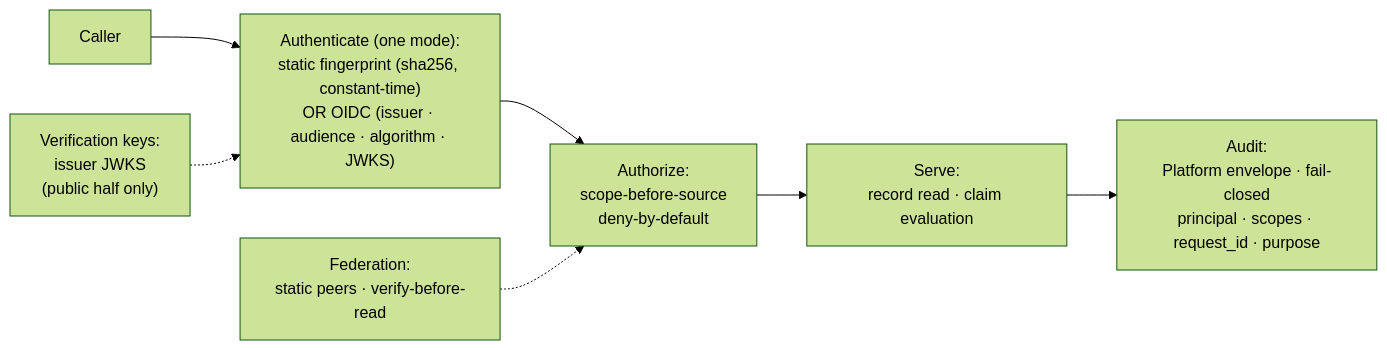
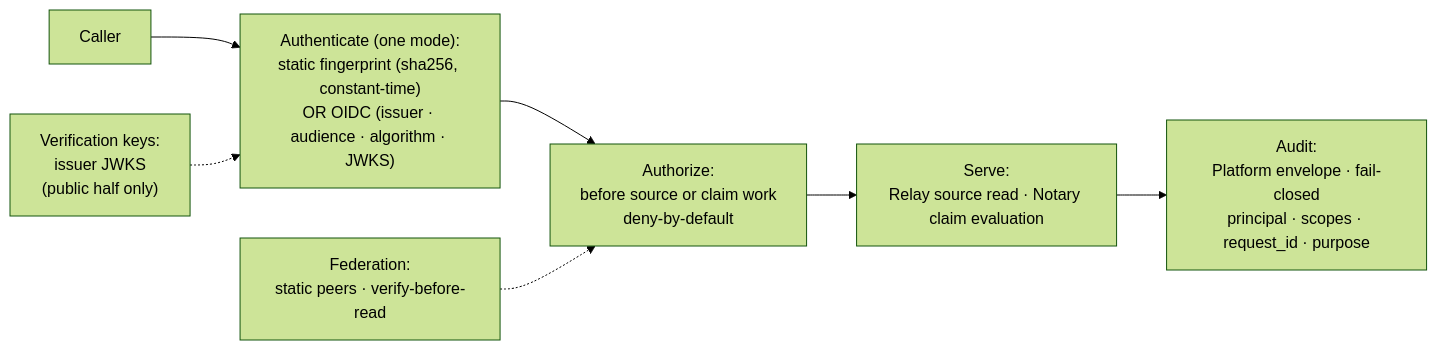
The diagram in docs/site/src/content/docs/spec/rs-sec-g.mdx (registrystack/registry-stack), drawn with Mermaid (forest theme) before and after one commit. The commit also changed other lines of this file and 53 other files, not shown here.

````diff
--- a/docs/site/src/content/docs/spec/rs-sec-g.mdx
+++ b/docs/site/src/content/docs/spec/rs-sec-g.mdx
@@ -73,11 +74,11 @@
 ```mermaid
 flowchart LR
     caller["Caller"]
     authn["Authenticate (one mode):<br/>static fingerprint (sha256, constant-time)<br/>OR OIDC (issuer · audience · algorithm · JWKS)"]
-    authz["Authorize:<br/>scope-before-source<br/>deny-by-default"]
-    serve["Serve:<br/>record read · claim evaluation"]
+    authz["Authorize:<br/>before source or claim work<br/>deny-by-default"]
+    serve["Serve:<br/>Relay source read · Notary claim evaluation"]
     audit["Audit:<br/>Platform envelope · fail-closed<br/>principal · scopes · request_id · purpose"]
     caller --> authn --> authz --> serve --> audit
     keys["Verification keys:<br/>issuer JWKS<br/>(public half only)"] -.-> authn
     peers["Federation:<br/>static peers · verify-before-read"] -.-> authz
 ```
````
